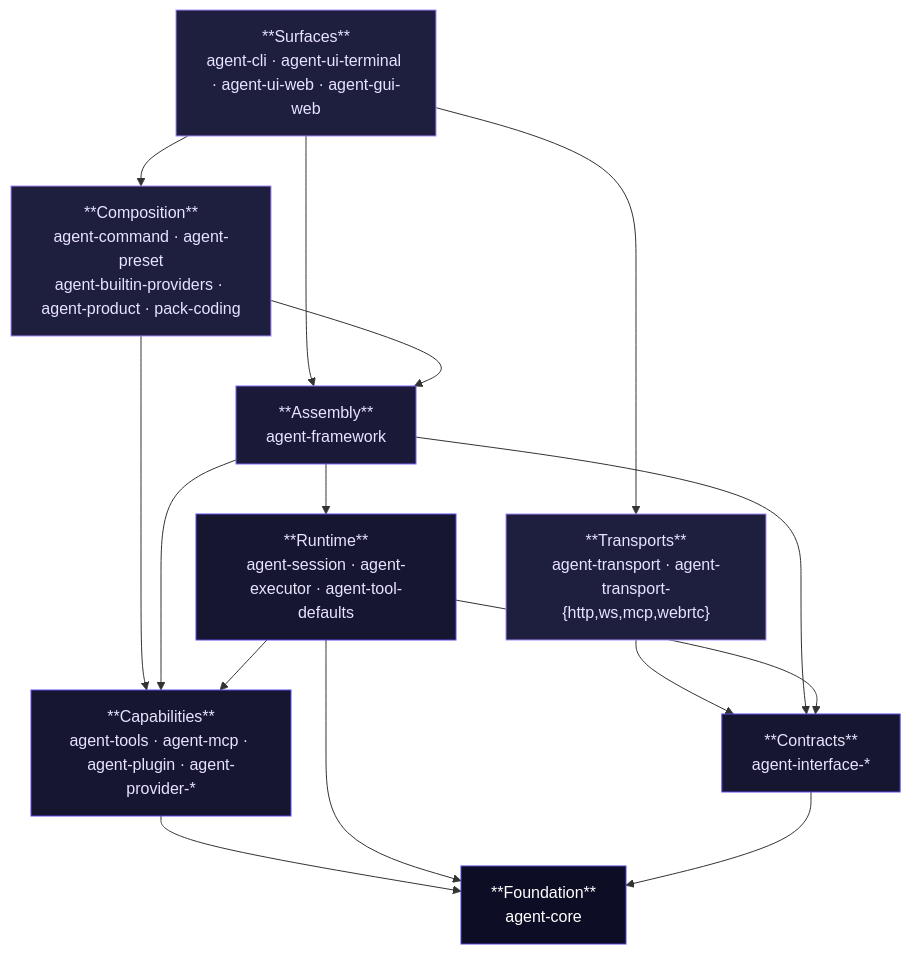
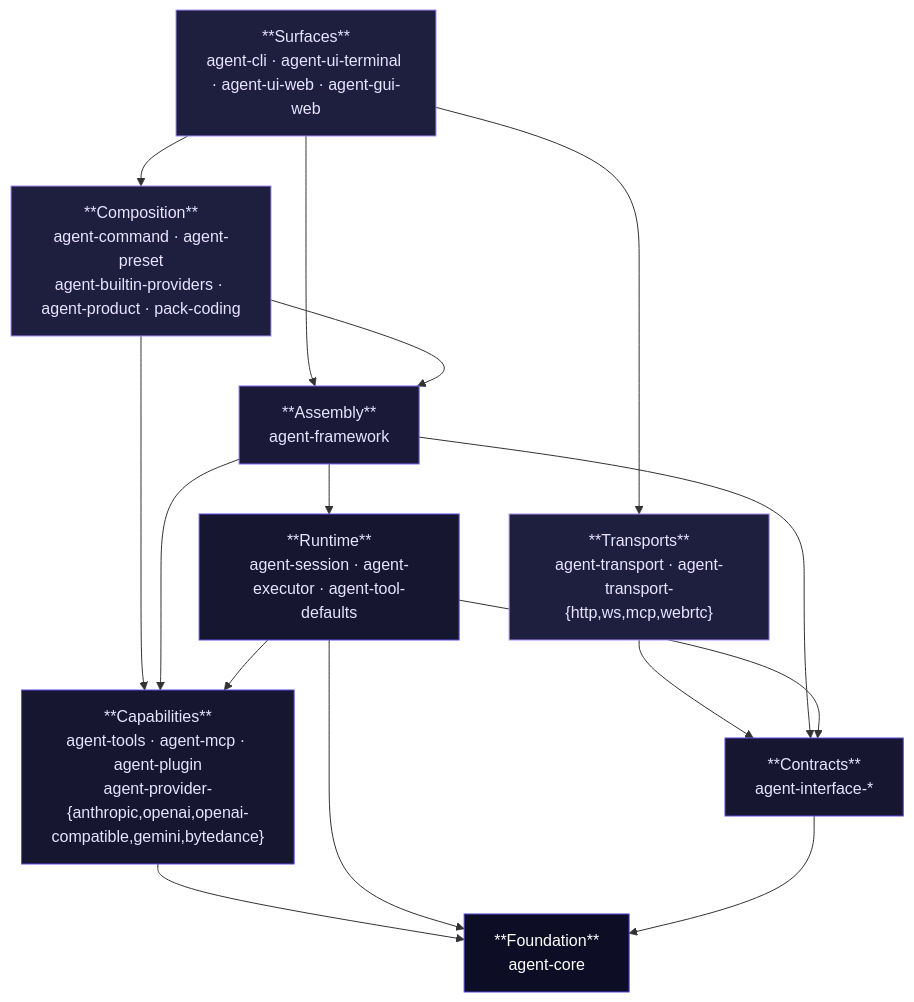
Before and after one commit to woojubb/robota: the diagram in content/guide/architecture.md, drawn with Mermaid. The commit also changed other lines of this file and 1 other file, not shown here.

First line of the commit message:
docs(architecture): list every package in the guide's layer tables (#3272)

````diff
--- a/content/guide/architecture.md
+++ b/content/guide/architecture.md
@@ -29,36 +29,36 @@
 ```mermaid
 flowchart TB
     SURF["**Surfaces**\nagent-cli · agent-ui-terminal · agent-ui-web · agent-gui-web"]
     TRANS["**Transports**\nagent-transport · agent-transport-{http,ws,mcp,webrtc}"]
     COMP["**Composition**\nagent-command · agent-preset\nagent-builtin-providers · agent-product · pack-coding"]
     FW["**Assembly**\nagent-framework"]
     RT["**Runtime**\nagent-session · agent-executor · agent-tool-defaults"]
-    CAP["**Capabilities**\nagent-tools · agent-mcp · agent-plugin · agent-provider-*"]
+    CAP["**Capabilities**\nagent-tools · agent-mcp · agent-plugin\nagent-provider-{anthropic,openai,openai-compatible,gemini,bytedance}"]
     IF["**Contracts**\nagent-interface-*"]
     CORE["**Foundation**\nagent-core"]
 
     SURF --> TRANS
     SURF --> COMP
     SURF --> FW
     COMP --> FW
     COMP --> CAP
     TRANS --> IF
     FW --> RT
     FW --> CAP
     FW --> IF
     RT --> IF
     RT --> CAP
     CAP --> CORE
     RT --> CORE
     IF --> CORE
 
     classDef edge fill:#1e1e3f,stroke:#a78bfa,color:#e8e4ff
     classDef framework fill:#1a1a38,stroke:#7c6bf7,color:#e8e4ff
     classDef general fill:#161630,stroke:#5a4de6,color:#e8e4ff
     classDef core fill:#0d0d25,stroke:#4f44d0,color:#fff
 
     class SURF,TRANS,COMP edge
     class FW framework
     class RT,CAP,IF general
     class CORE core
 ```
````
